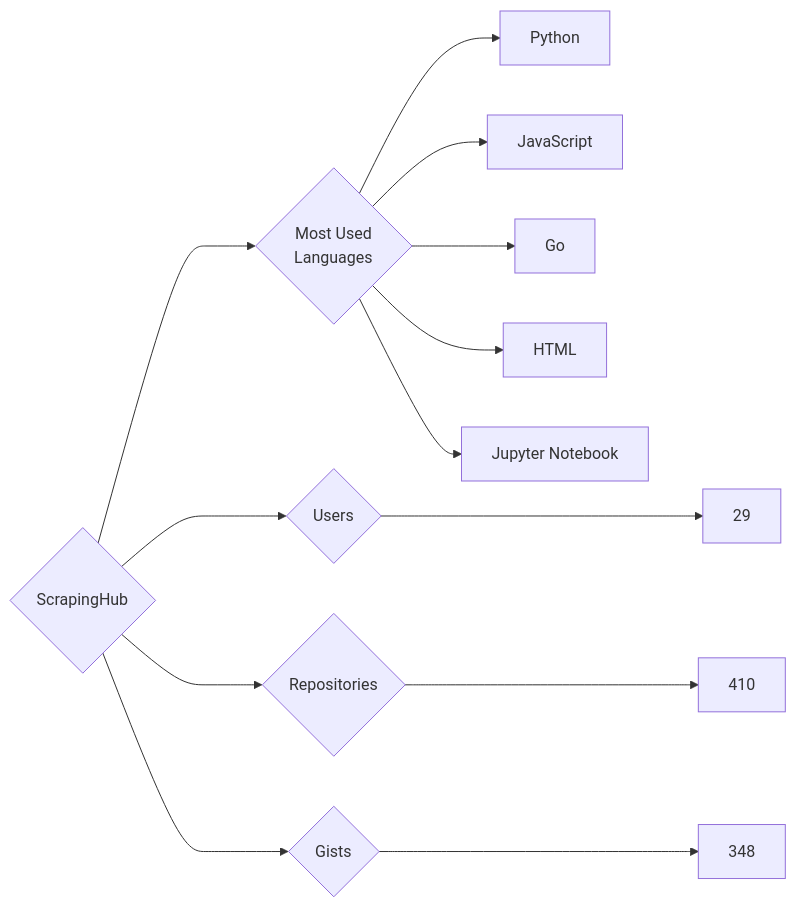
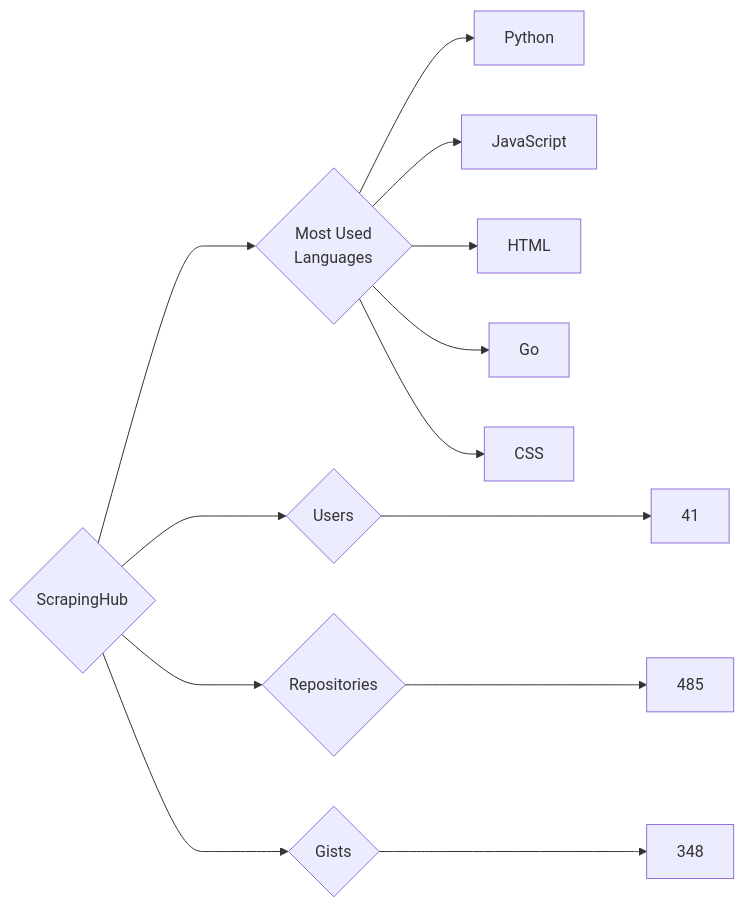
One commit to trickest/insiders changed the diagram in targets/ScrapingHub/README.md. Above: the diagram before and after it, drawn with Mermaid. The commit also changed 681 other files, not shown here.

````diff
--- a/targets/ScrapingHub/README.md
+++ b/targets/ScrapingHub/README.md
@@ -3,13 +3,13 @@
 ```mermaid
 graph LR
 COMPANY_NAME{ScrapingHub}
-COMPANY_NAME ---> U{Users} ---> UN[29]
-COMPANY_NAME ---> R{Repositories} ---> RN[410]
+COMPANY_NAME ---> U{Users} ---> UN[41]
+COMPANY_NAME ---> R{Repositories} ---> RN[485]
 COMPANY_NAME ---> G{Gists} ---> GN[348]
 COMPANY_NAME ---> ML{Most Used<br>Languages}
 ML --> Python[Python]
 ML --> JavaScript[JavaScript]
+ML --> HTML[HTML]
 ML --> Go[Go]
-ML --> HTML[HTML]
-ML --> Jupyter_Notebook[Jupyter Notebook]
+ML --> CSS[CSS]
 ```
````
